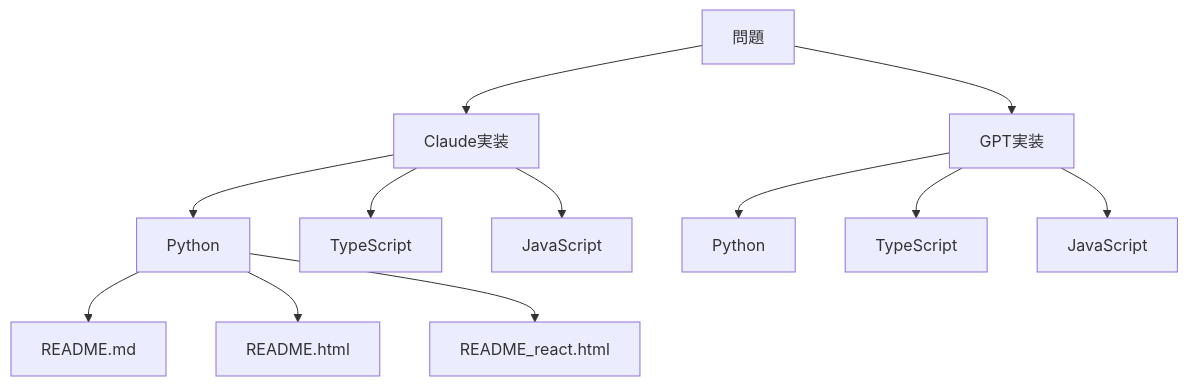
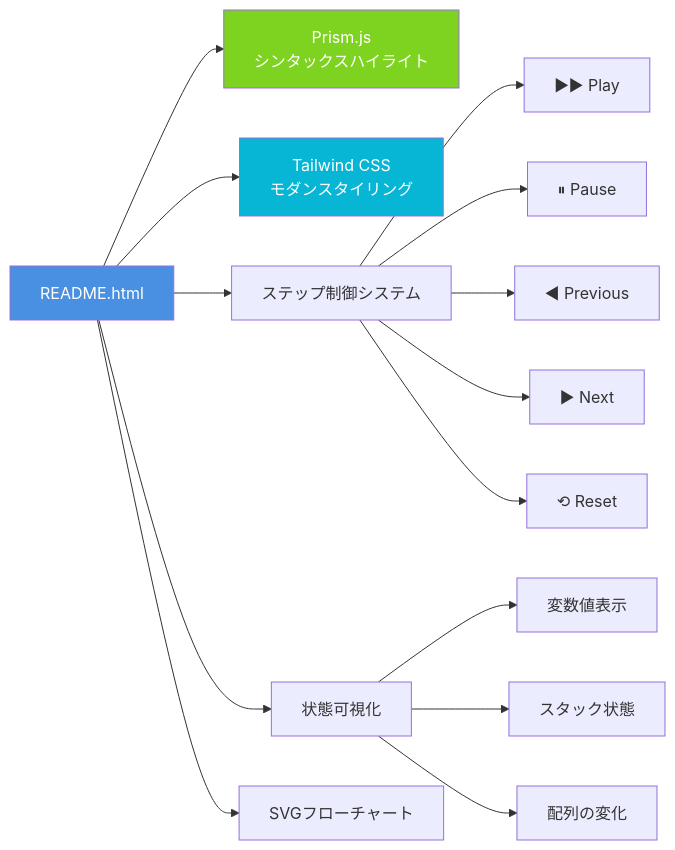
One commit to myoshi2891/Algorithm-DataStructures-Math-SQL changed the seventh of 24 diagrams in README.md. Above: the diagram before and after it, drawn with Mermaid. The commit also changed other lines of this file, not shown here.

````diff
--- a/README.md
+++ b/README.md
@@ -87,14 +502,22 @@
 ```mermaid
-graph TD
-    A[問題] --> B[Claude実装]
-    A --> C[GPT実装]
-    B --> D[Python]
-    B --> E[TypeScript]
-    B --> F[JavaScript]
-    C --> G[Python]
-    C --> H[TypeScript]
-    C --> I[JavaScript]
-    D --> J[README.md]
-    D --> K[README.html]
-    D --> L[README_react.html]
+graph LR
+    HTML[README.html] --> Prism[Prism.js<br/>シンタックスハイライト]
+    HTML --> Tailwind[Tailwind CSS<br/>モダンスタイリング]
+    HTML --> Steps[ステップ制御システム]
+    HTML --> State[状態可視化]
+    HTML --> Flow[SVGフローチャート]
+    
+    Steps --> Play[▶▶ Play]
+    Steps --> Pause[⏸ Pause]
+    Steps --> Prev[◀ Previous]
+    Steps --> Next[▶ Next]
+    Steps --> Reset[⟲ Reset]
+    
+    State --> Vars[変数値表示]
+    State --> Stack[スタック状態]
+    State --> Array[配列の変化]
+    
+    style HTML fill:#4A90E2,color:#fff
+    style Prism fill:#7ED321,color:#fff
+    style Tailwind fill:#06B6D4,color:#fff
 ```
````
